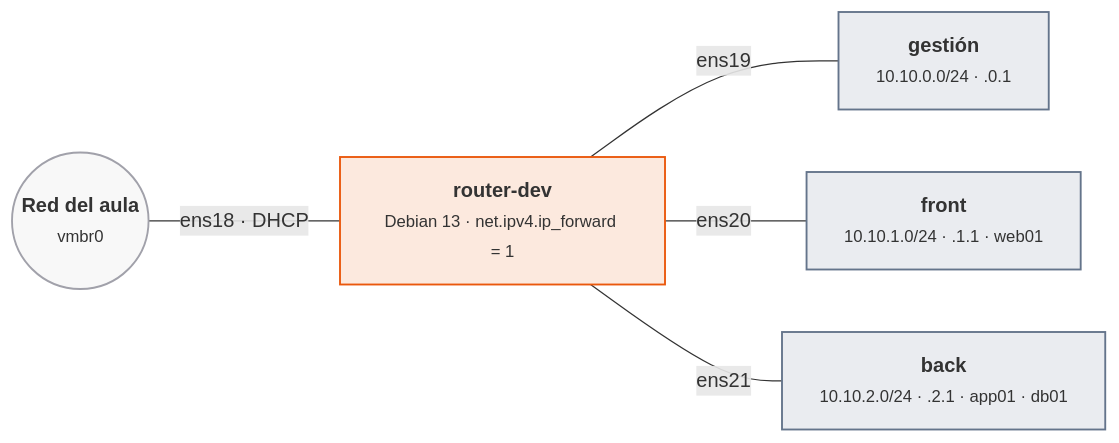
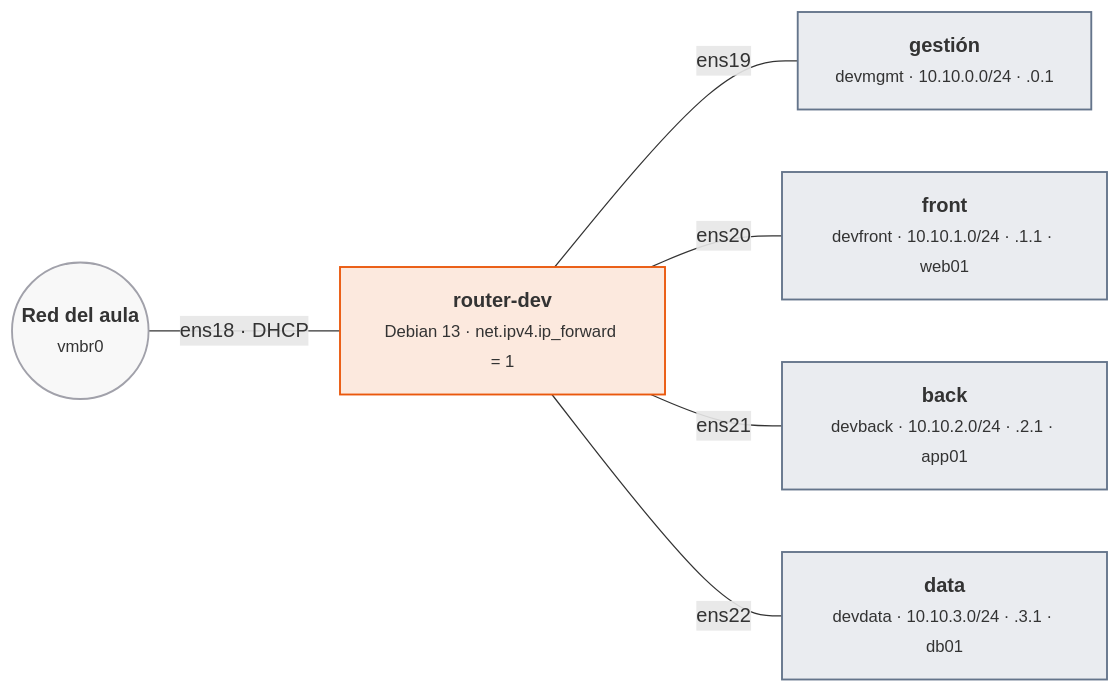
Before and after one commit to victor-educ/apuntes-5166: the fourth of 8 diagrams in docs/ut/ut2-vpc.md, drawn with Mermaid. The commit also changed other lines of this file and 15 other files, not shown here.

````diff
--- a/docs/ut/ut2-vpc.md
+++ b/docs/ut/ut2-vpc.md
@@ -444,18 +435,20 @@
 ```mermaid
 flowchart LR
     AULA(("<b>Red del aula</b><br><small>vmbr0</small>")):::infra
     R["<b>router-dev</b><br><small>Debian 13 · net.ipv4.ip_forward = 1</small>"]:::act
-    G["<b>gestión</b><br><small>10.10.0.0/24 · .0.1</small>"]:::pieza
-    F["<b>front</b><br><small>10.10.1.0/24 · .1.1 · web01</small>"]:::pieza
-    B["<b>back</b><br><small>10.10.2.0/24 · .2.1 · app01 · db01</small>"]:::pieza
+    G["<b>gestión</b><br><small>devmgmt · 10.10.0.0/24 · .0.1</small>"]:::pieza
+    F["<b>front</b><br><small>devfront · 10.10.1.0/24 · .1.1 · web01</small>"]:::pieza
+    B["<b>back</b><br><small>devback · 10.10.2.0/24 · .2.1 · app01</small>"]:::pieza
+    D["<b>data</b><br><small>devdata · 10.10.3.0/24 · .3.1 · db01</small>"]:::pieza
     AULA -- "ens18 · DHCP" --- R
     R -- "ens19" --- G
     R -- "ens20" --- F
     R -- "ens21" --- B
+    R -- "ens22" --- D
     classDef act fill:#ea580c22,stroke:#ea580c,stroke-width:1.5px
     classDef pieza fill:#64748b22,stroke:#64748b,stroke-width:1.5px
     classDef dato fill:#2563eb22,stroke:#2563eb,stroke-width:1.5px
     classDef infra fill:#a1a1aa14,stroke:#a1a1aa,stroke-width:1.5px
     classDef ok fill:#16a34a22,stroke:#16a34a,stroke-width:1.5px
     classDef riesgo fill:#dc262622,stroke:#dc2626,stroke-width:1.5px
 ```
````
